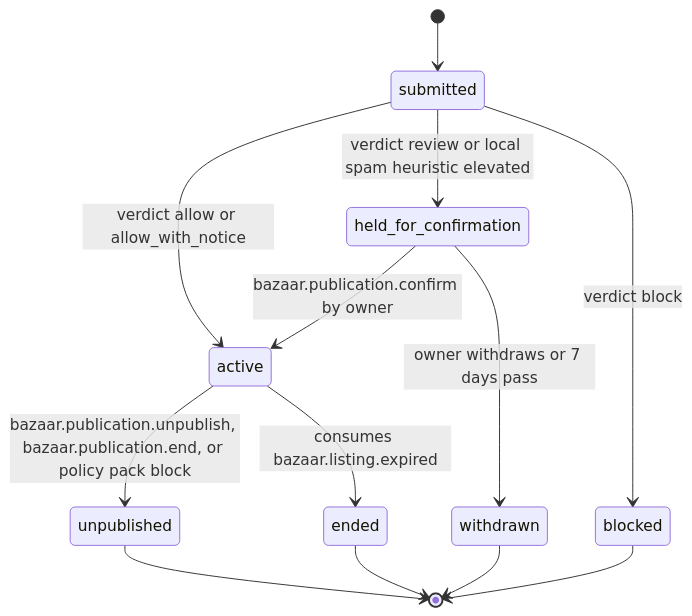
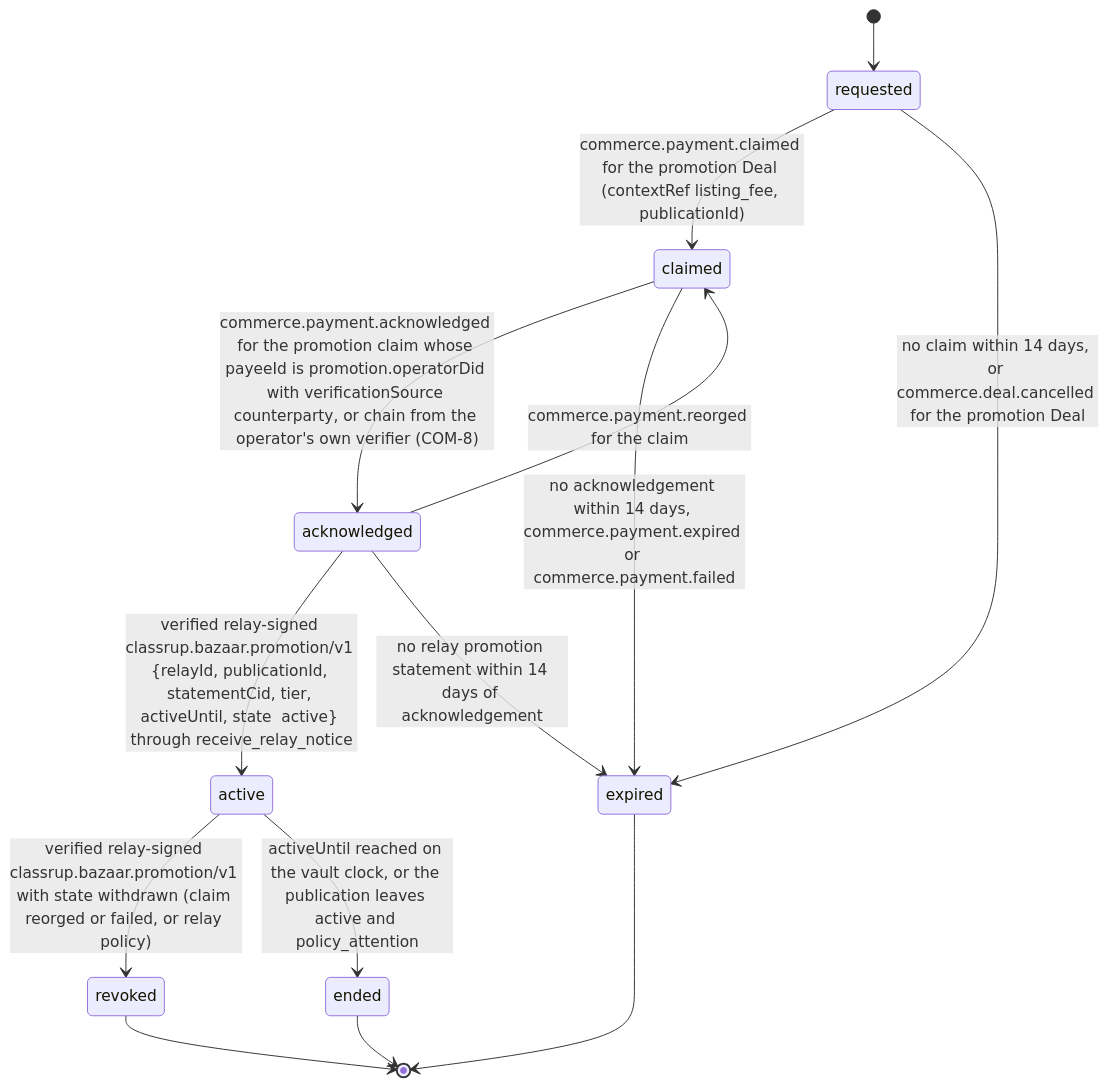
One commit to djshellshoxxx/CLASSifiedisRUPTed changed the second of 2 diagrams in 01_LocalBazaar/01_listings/mod_publish/workflow_state_machine.md. Above: the diagram before and after it, drawn with Mermaid. The commit also changed other lines of this file and 1935 other files, not shown here.

````diff
--- a/01_LocalBazaar/01_listings/mod_publish/workflow_state_machine.md
+++ b/01_LocalBazaar/01_listings/mod_publish/workflow_state_machine.md
@@ -29,15 +83,16 @@
 ```mermaid
 stateDiagram-v2
-  [*] --> submitted
-  submitted --> active: verdict allow or allow_with_notice
-  submitted --> held_for_confirmation: verdict review or local spam heuristic elevated
-  submitted --> blocked: verdict block
-  held_for_confirmation --> active: bazaar.publication.confirm by owner
-  held_for_confirmation --> withdrawn: owner withdraws or 7 days pass
-  active --> unpublished: bazaar.publication.unpublish, bazaar.publication.end, or policy pack block
-  active --> ended: consumes bazaar.listing.expired
-  blocked --> [*]
-  withdrawn --> [*]
-  unpublished --> [*]
+  [*] --> requested
+  requested --> claimed: commerce.payment.claimed for the promotion Deal (contextRef listing_fee, publicationId)
+  claimed --> acknowledged: commerce.payment.acknowledged for the promotion claim whose payeeId is promotion.operatorDid with verificationSource counterparty, or chain from the operator's own verifier (COM-8)
+  acknowledged --> claimed: commerce.payment.reorged for the claim
+  acknowledged --> active: verified relay-signed classrup.bazaar.promotion/v1 {relayId, publicationId, statementCid, tier, activeUntil, state  active} through receive_relay_notice
+  active --> revoked: verified relay-signed classrup.bazaar.promotion/v1 with state withdrawn (claim reorged or failed, or relay policy)
+  active --> ended: activeUntil reached on the vault clock, or the publication leaves active and policy_attention
+  requested --> expired: no claim within 14 days, or commerce.deal.cancelled for the promotion Deal
+  claimed --> expired: no acknowledgement within 14 days, commerce.payment.expired or commerce.payment.failed
+  acknowledged --> expired: no relay promotion statement within 14 days of acknowledgement
+  revoked --> [*]
   ended --> [*]
+  expired --> [*]
 ```
````
